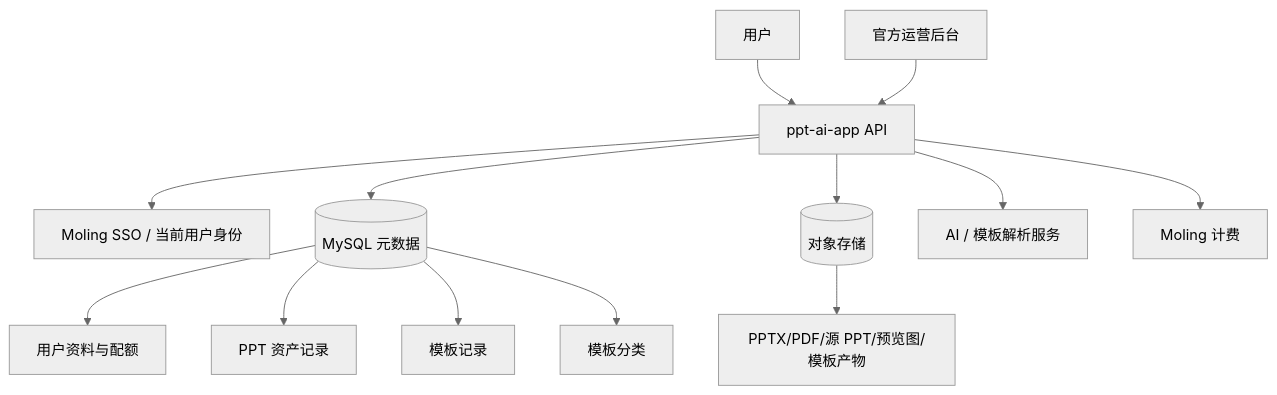
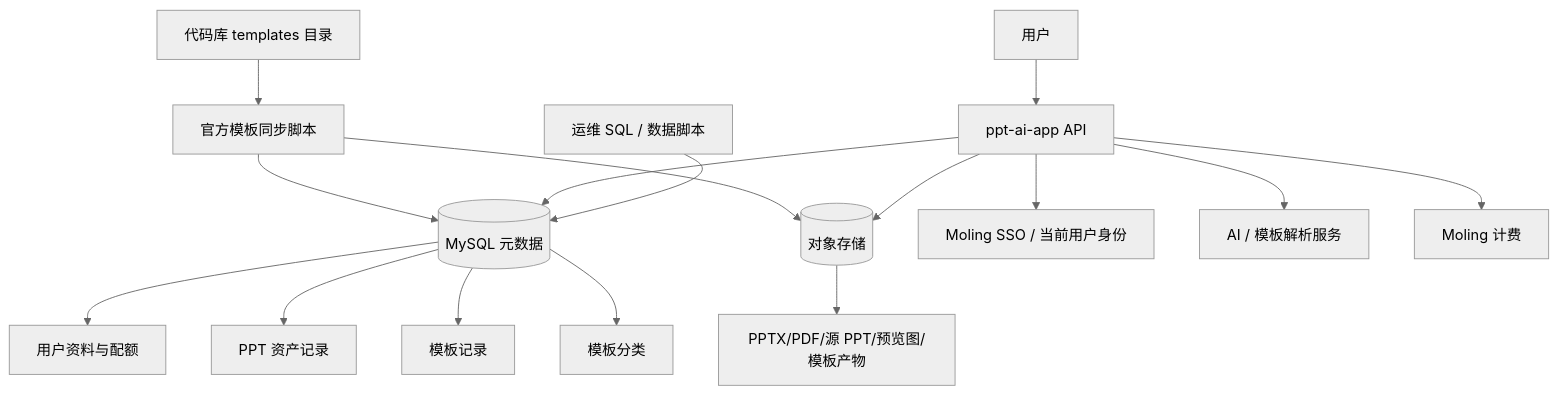
Before and after one commit to skillixx/molinppt: the first of 3 diagrams in docs/ppt-library-and-template-design.md, drawn with Mermaid (neutral theme). The commit also changed other lines of this file and 160 other files, not shown here.

````diff
--- a/docs/ppt-library-and-template-design.md
+++ b/docs/ppt-library-and-template-design.md
@@ -29,16 +34,19 @@
 ```mermaid
 flowchart TD
   U[用户] --> APP[ppt-ai-app API]
-  ADMIN[官方运营后台] --> APP
+  REPO[代码库 templates 目录] --> SEED[官方模板同步脚本]
+  SEED --> MYSQL
+  SEED --> OSS
   APP --> AUTH[Moling SSO / 当前用户身份]
   APP --> MYSQL[(MySQL 元数据)]
   APP --> OSS[(对象存储)]
   APP --> AI[AI / 模板解析服务]
   APP --> BILLING[Moling 计费]
+  OPS[运维 SQL / 数据脚本] --> MYSQL
 
   MYSQL --> USER[用户资料与配额]
   MYSQL --> PPT[PPT 资产记录]
   MYSQL --> TPL[模板记录]
   MYSQL --> CAT[模板分类]
   OSS --> FILES[PPTX/PDF/源 PPT/预览图/模板产物]
 ```
````
